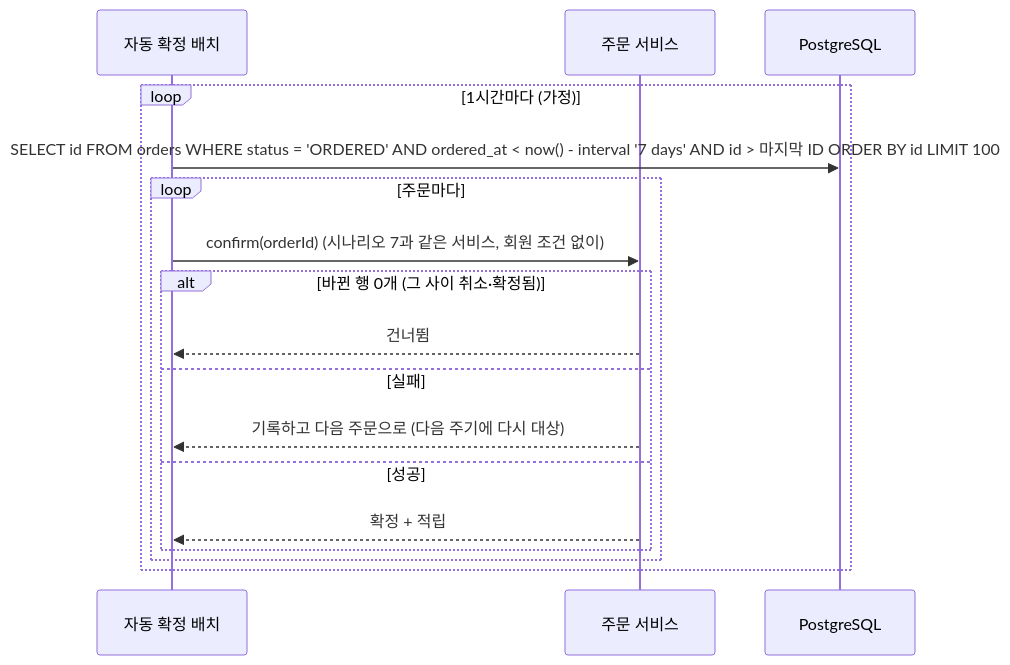
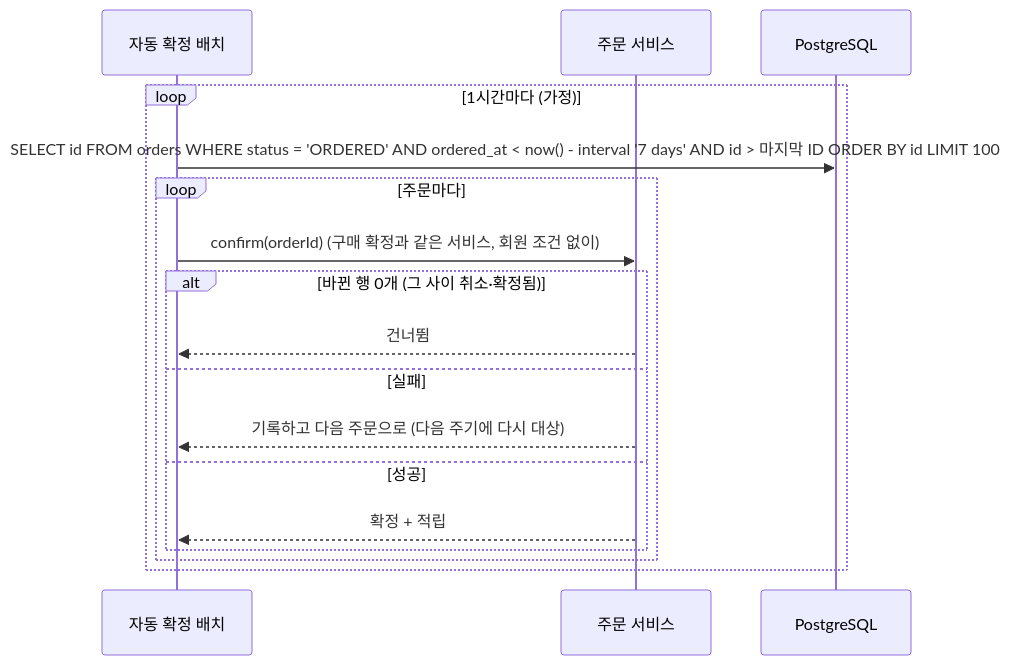
One commit to KAPUIST/flash-gate changed the ninth of 9 diagrams in docs/features/order/flows.md. Above: the diagram before and after it, drawn with Mermaid. The commit also changed other lines of this file and 33 other files, not shown here.

````diff
--- a/docs/features/order/flows.md
+++ b/docs/features/order/flows.md
@@ -295,20 +295,20 @@
 ```mermaid
 sequenceDiagram
     participant B as 자동 확정 배치
     participant O as 주문 서비스
     participant DB as PostgreSQL
 
     loop 1시간마다 (가정)
         B->>DB: SELECT id FROM orders WHERE status = 'ORDERED' AND ordered_at < now() - interval '7 days' AND id > 마지막 ID ORDER BY id LIMIT 100
         loop 주문마다
-            B->>O: confirm(orderId) (시나리오 7과 같은 서비스, 회원 조건 없이)
+            B->>O: confirm(orderId) (구매 확정과 같은 서비스, 회원 조건 없이)
             alt 바뀐 행 0개 (그 사이 취소·확정됨)
                 O-->>B: 건너뜀
             else 실패
                 O-->>B: 기록하고 다음 주문으로 (다음 주기에 다시 대상)
             else 성공
                 O-->>B: 확정 + 적립
             end
         end
     end
 ```
````
